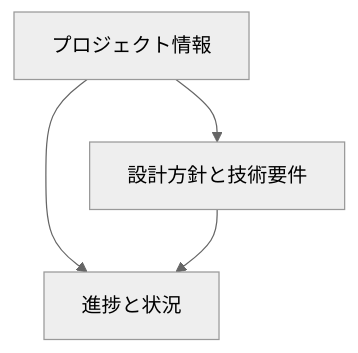
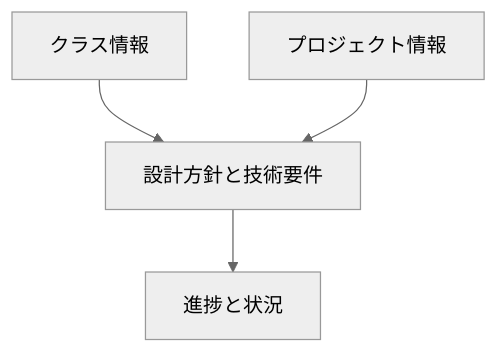
One commit to dolphilia/reqt changed the diagram in qt6binding/.cline/memory/index.md. Above: the diagram before and after it, drawn with Mermaid (neutral theme). The commit also changed other lines of this file and 10 other files, not shown here.

````diff
--- a/qt6binding/.cline/memory/index.md
+++ b/qt6binding/.cline/memory/index.md
@@ -29,6 +33,6 @@
 ```mermaid
 graph TD
-    P[プロジェクト情報] --> C[設計方針と技術要件]
-    P --> S[進捗と状況]
-    C --> S
+    CL[クラス情報] --> C[設計方針と技術要件]
+    P[プロジェクト情報] --> C
+    C --> S[進捗と状況]
 ```
````
